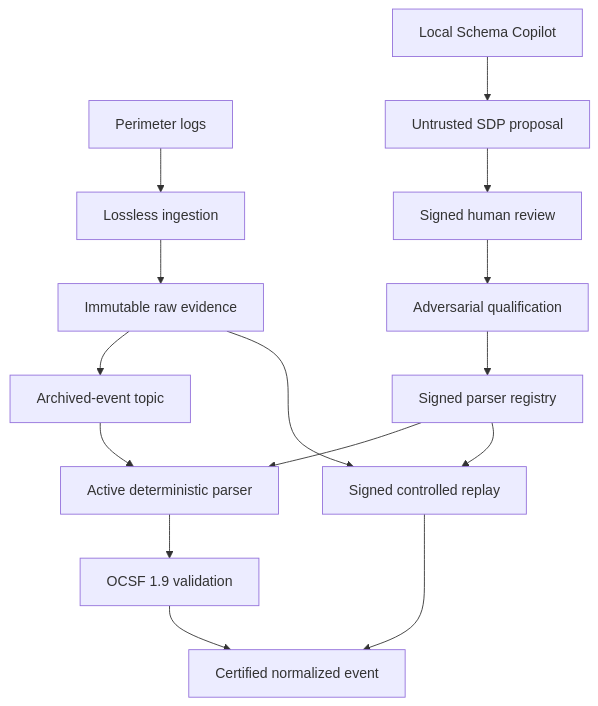
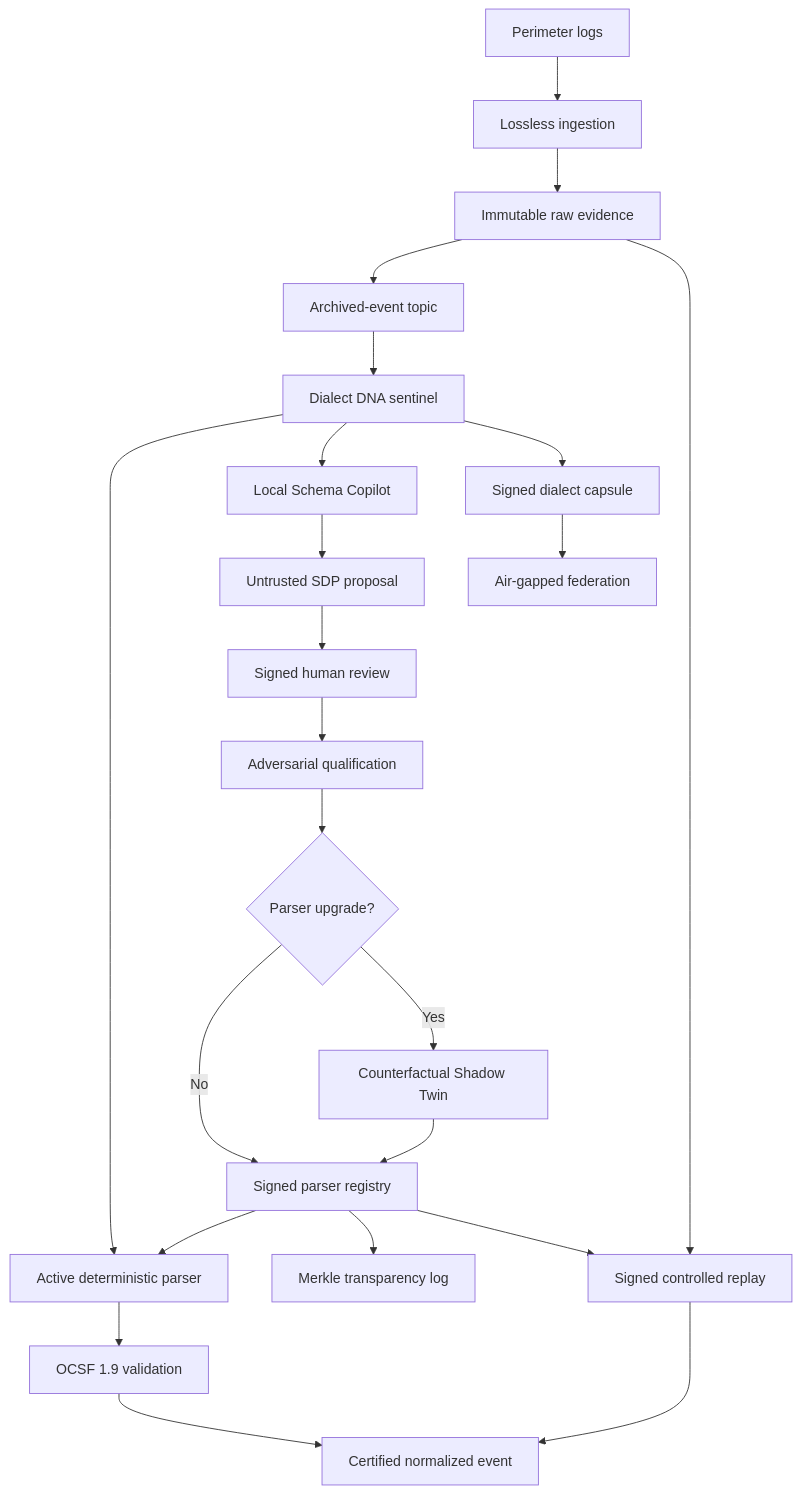
Before and after one commit to xaman27x/Drishti: the diagram in README.md, drawn with Mermaid. The commit also changed other lines of this file, not shown here.

````diff
--- a/README.md
+++ b/README.md
@@ -104,17 +114,25 @@
 ```mermaid
 flowchart TD
     A[Perimeter logs] --> B[Lossless ingestion]
     B --> C[Immutable raw evidence]
     C --> D[Archived-event topic]
-    D --> E[Active deterministic parser]
+    D --> N[Dialect DNA sentinel]
+    N --> E[Active deterministic parser]
+    N --> H
     E --> F[OCSF 1.9 validation]
     F --> G[Certified normalized event]
     H[Local Schema Copilot] --> I[Untrusted SDP proposal]
     I --> J[Signed human review]
     J --> K[Adversarial qualification]
-    K --> L[Signed parser registry]
+    K --> S{Parser upgrade?}
+    S -->|No| L[Signed parser registry]
+    S -->|Yes| O[Counterfactual Shadow Twin]
+    O --> L
     L --> E
+    L --> P[Merkle transparency log]
     C --> M[Signed controlled replay]
     L --> M
     M --> G
+    N --> Q[Signed dialect capsule]
+    Q --> R[Air-gapped federation]
 ```
````
